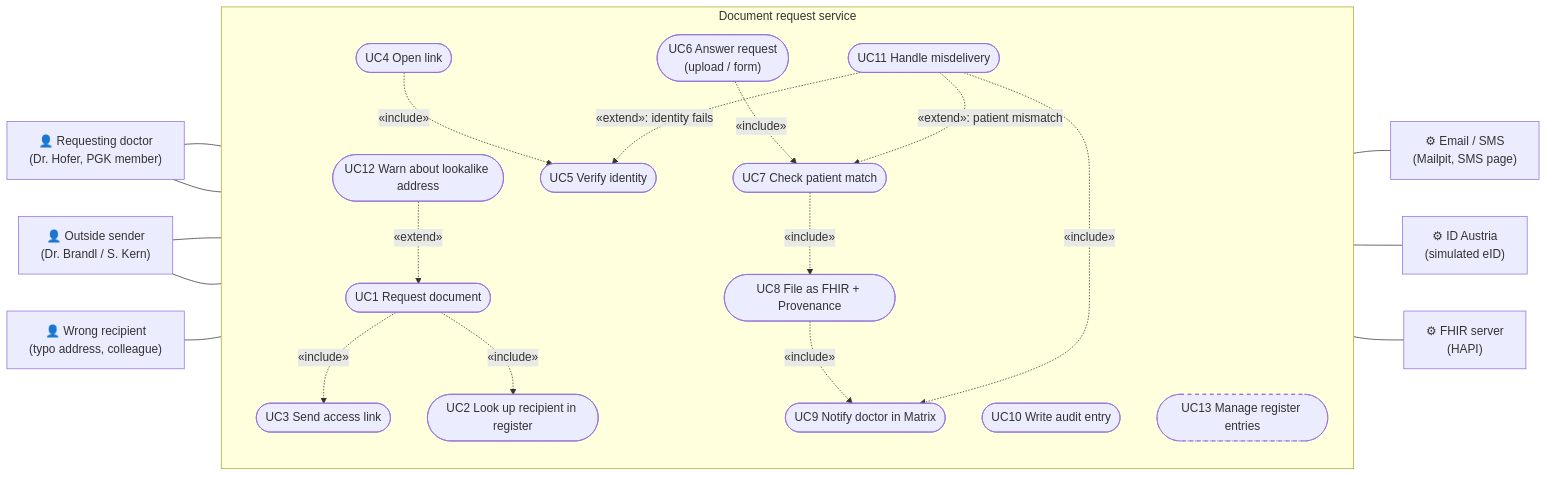
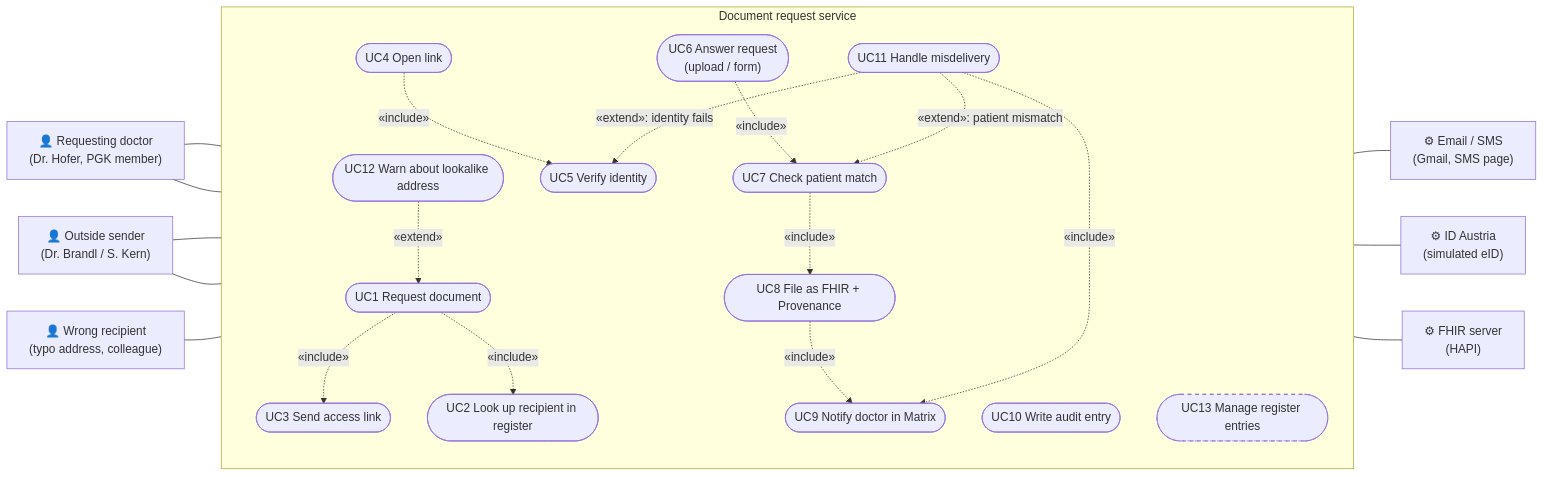
Before and after one commit to Chaissen/AIM-Hackathon: the first of 3 diagrams in docs/UML.md, drawn with Mermaid. The commit also changed other lines of this file and 19 other files, not shown here.

First line of the commit message:
feat(mail): replace Mailpit with Gmail as the only email transport (#67)

````diff
--- a/docs/UML.md
+++ b/docs/UML.md
@@ -8,50 +8,50 @@
 ```mermaid
 flowchart LR
     hofer["👤 Requesting doctor<br/>(Dr. Hofer, PGK member)"]
     sender["👤 Outside sender<br/>(Dr. Brandl / S. Kern)"]
     wrong["👤 Wrong recipient<br/>(typo address, colleague)"]
     idp["⚙ ID Austria<br/>(simulated eID)"]
     fhir["⚙ FHIR server<br/>(HAPI)"]
-    gw["⚙ Email / SMS<br/>(Mailpit, SMS page)"]
+    gw["⚙ Email / SMS<br/>(Gmail, SMS page)"]
 
     subgraph SYS["Document request service"]
         direction TB
         UC1(["UC1 Request document"])
         UC2(["UC2 Look up recipient in register"])
         UC3(["UC3 Send access link"])
         UC4(["UC4 Open link"])
         UC5(["UC5 Verify identity"])
         UC6(["UC6 Answer request<br/>(upload / form)"])
         UC7(["UC7 Check patient match"])
         UC8(["UC8 File as FHIR + Provenance"])
         UC9(["UC9 Notify doctor in Matrix"])
         UC10(["UC10 Write audit entry"])
         UC11(["UC11 Handle misdelivery"])
         UC12(["UC12 Warn about lookalike address"])
         UC13(["UC13 Manage register entries"])
     end
 
     hofer --- UC1
     hofer --- UC13
     sender --- UC4
     sender --- UC6
     wrong --- UC4
 
     UC1 -.->|"«include»"| UC3
     UC1 -.->|"«include»"| UC2
     UC12 -.->|"«extend»"| UC1
     UC4 -.->|"«include»"| UC5
     UC6 -.->|"«include»"| UC7
     UC7 -.->|"«include»"| UC8
     UC8 -.->|"«include»"| UC9
     UC11 -.->|"«extend»: identity fails"| UC5
     UC11 -.->|"«extend»: patient mismatch"| UC7
     UC11 -.->|"«include»"| UC9
 
     UC3 --- gw
     UC5 --- idp
     UC8 --- fhir
 
     classDef planned stroke-dasharray: 5 5
     class UC13 planned
 ```
````
